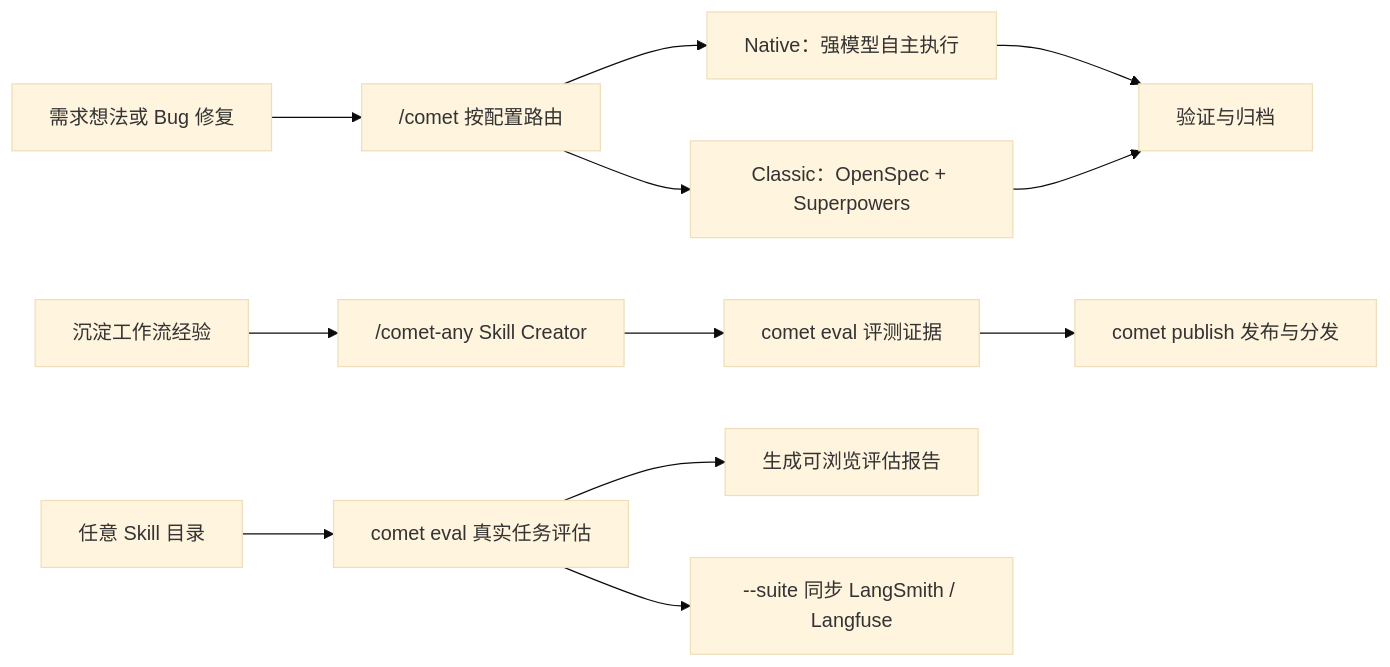
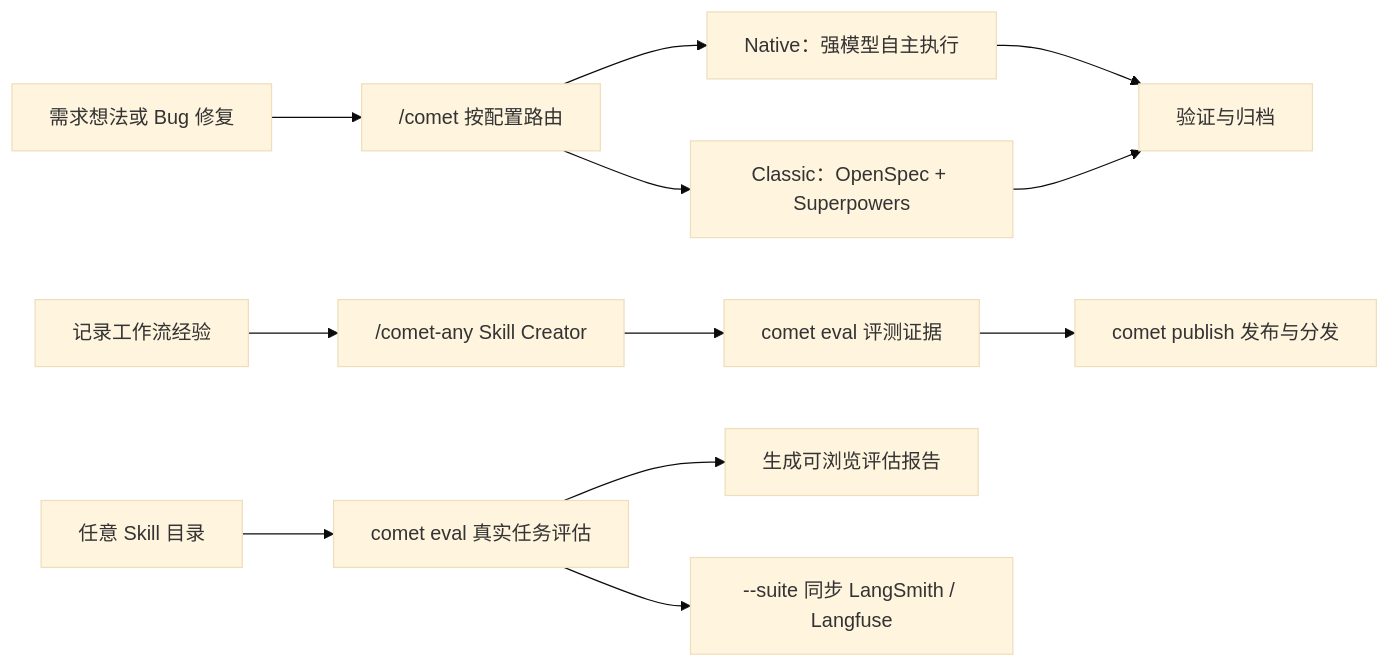
The diagram in zh/introduction.mdx (rpamis/comet-website-docs), drawn with Mermaid (base theme) before and after one commit. The commit also changed other lines of this file and 103 other files, not shown here.

````diff
--- a/zh/introduction.mdx
+++ b/zh/introduction.mdx
@@ -30,14 +30,14 @@
 ```mermaid
 flowchart LR
   A["需求想法或 Bug 修复"] --> B["/comet 按配置路由"]
   B --> N["Native：强模型自主执行"]
   B --> C["Classic：OpenSpec + Superpowers"]
   N --> E["验证与归档"]
   C --> E
-  F["沉淀工作流经验"] --> G["/comet-any Skill Creator"]
+  F["记录工作流经验"] --> G["/comet-any Skill Creator"]
   G --> H["comet eval 评测证据"]
   H --> I["comet publish 发布与分发"]
   J["任意 Skill 目录"] --> K["comet eval 真实任务评估"]
   K --> L["生成可浏览评估报告"]
   K --> M["--suite 同步 LangSmith / Langfuse"]
 ```
````
